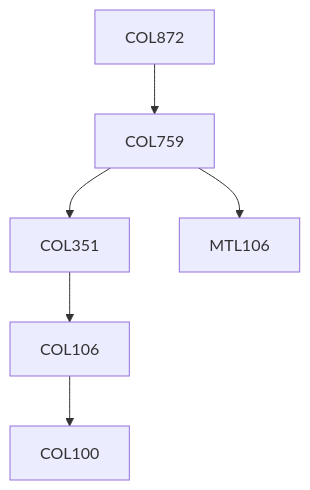
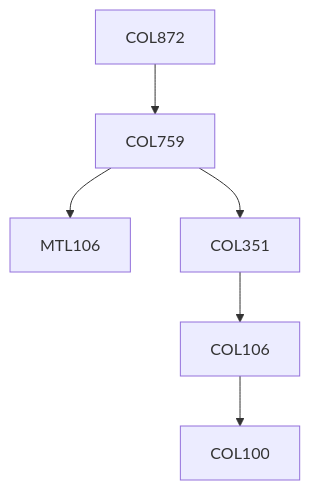
The diagram in content/Computer Science and Engineering/COL872.md (KeshavBansal0122/CoS_Website), drawn with Mermaid before and after one commit. The commit also changed other lines of this file and 392 other files, not shown here.

````diff
--- a/content/Computer Science and Engineering/COL872.md
+++ b/content/Computer Science and Engineering/COL872.md
@@ -13,12 +13,12 @@
 ```mermaid
 flowchart TD
 COL872-244[COL872]
-COL759-244 --> COL351-244[COL351]
-COL351-244 --> COL106-244[COL106]
-COL106-244 --> COL100-244[COL100]
 COL872-244 --> COL759-244[COL759]
 COL759-244 --> MTL106-244[MTL106]
+COL759-244 --> COL351-244[COL351]
+COL106-244 --> COL100-244[COL100]
+COL351-244 --> COL106-244[COL106]
 
 classDef empty height:17px, fill:transparent, stroke:transparent;
 classDef trueEmpty height:0px, width:0px;
 ```
````
